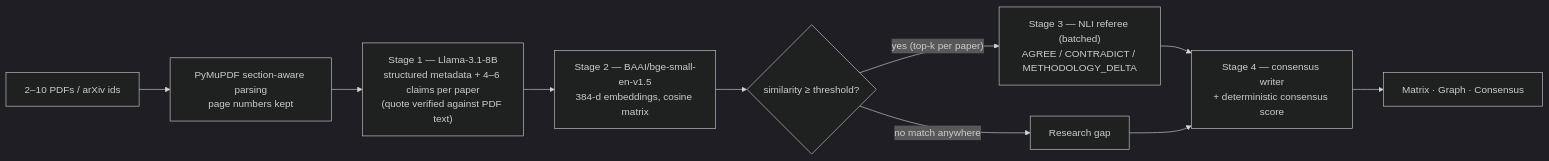
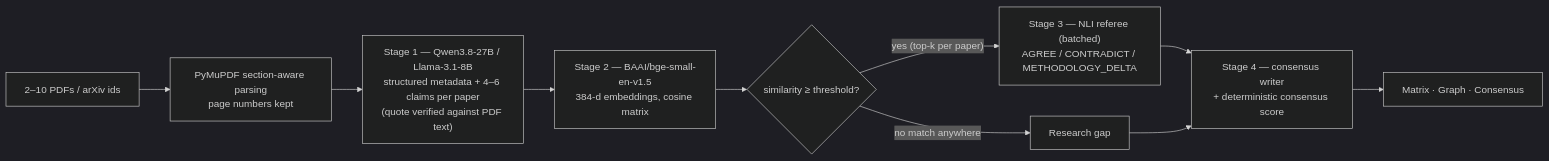
Before and after one commit to taiwodurotoluwa-svg/kairos: the diagram in README.md, drawn with Mermaid (dark theme). The commit also changed other lines of this file and 1 other file, not shown here.

Commit message:
docs: clarify Qwen3.8-27B as live production primary model alongside Llama-3.1-8B fallback

````diff
--- a/README.md
+++ b/README.md
@@ -40,12 +40,12 @@
 ```mermaid
 flowchart LR
     A["2–10 PDFs / arXiv ids"] --> B["PyMuPDF section-aware parsing<br/>page numbers kept"]
-    B --> C["Stage 1 — Llama-3.1-8B<br/>structured metadata + 4–6 claims per paper<br/>(quote verified against PDF text)"]
+    B --> C["Stage 1 — Qwen3.8-27B / Llama-3.1-8B<br/>structured metadata + 4–6 claims per paper<br/>(quote verified against PDF text)"]
     C --> D["Stage 2 — BAAI/bge-small-en-v1.5<br/>384-d embeddings, cosine matrix"]
     D --> E{"similarity ≥ threshold?"}
     E -- "no match anywhere" --> G["Research gap"]
     E -- "yes (top-k per paper)" --> F["Stage 3 — NLI referee (batched)<br/>AGREE / CONTRADICT / METHODOLOGY_DELTA"]
     F --> H["Stage 4 — consensus writer<br/>+ deterministic consensus score"]
     G --> H
     H --> I["Matrix · Graph · Consensus"]
 ```
````
